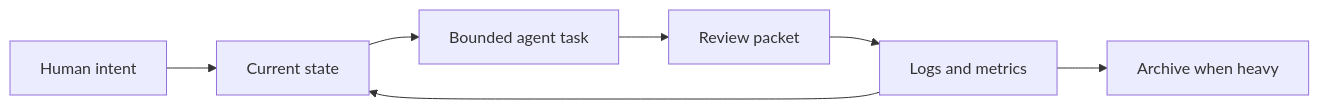
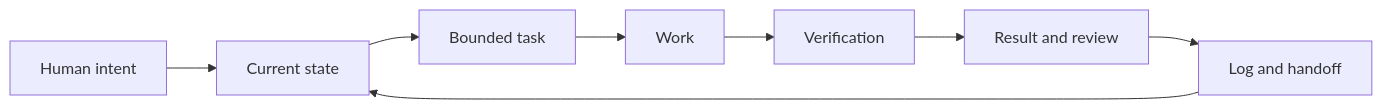
Before and after one commit to huh-cmd/Alexandria: the second of 3 diagrams in README.md, drawn with Mermaid. The commit also changed other lines of this file and 3 other files, not shown here.

````diff
--- a/README.md
+++ b/README.md
@@ -20,9 +45,10 @@
 ```mermaid
 flowchart LR
-  A["Human intent"] --> B["Current state"]
-  B --> C["Bounded agent task"]
-  C --> D["Review packet"]
-  D --> E["Logs and metrics"]
-  E --> B
-  E --> F["Archive when heavy"]
+    H["Human intent"] --> S["Current state"]
+    S --> T["Bounded task"]
+    T --> W["Work"]
+    W --> V["Verification"]
+    V --> R["Result and review"]
+    R --> L["Log and handoff"]
+    L --> S
 ```
````
